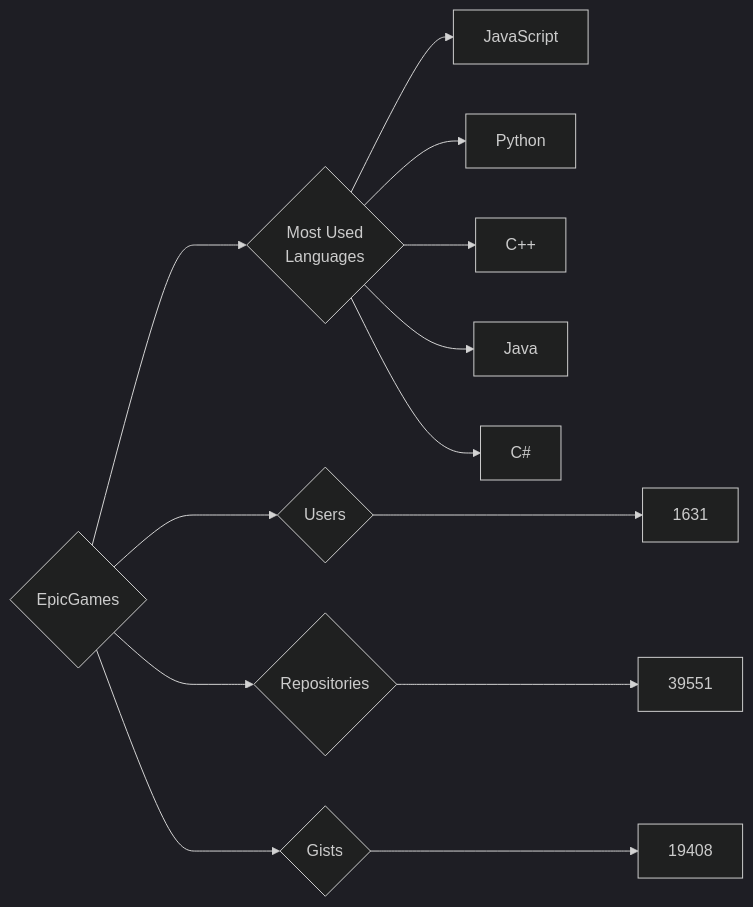
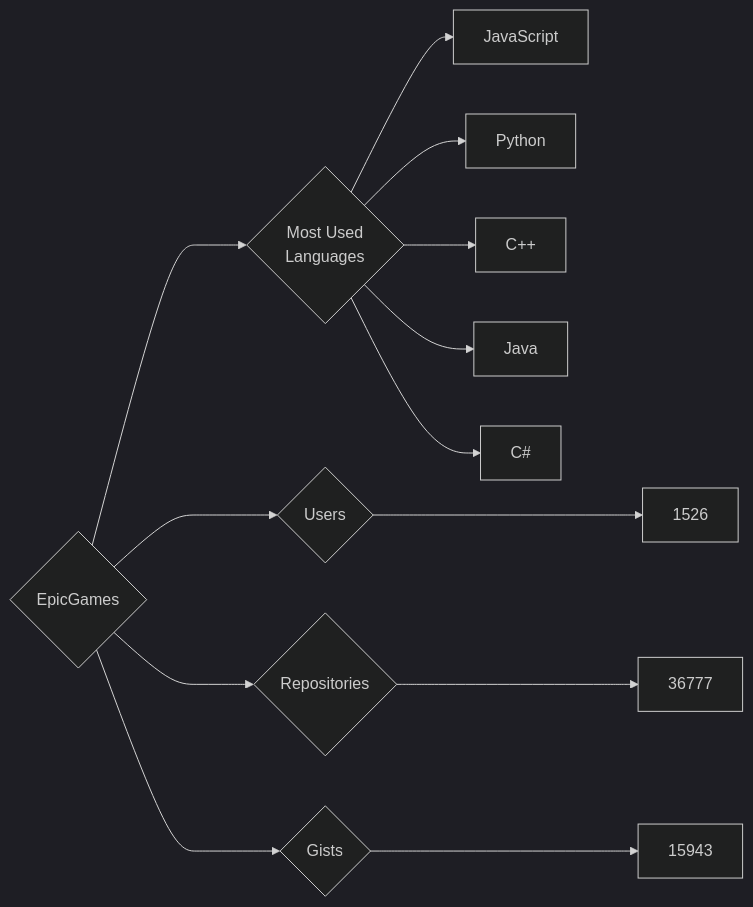
One commit to trickest/insiders changed the diagram in targets/EpicGames/README.md. Above: the diagram before and after it, drawn with Mermaid (dark theme). The commit also changed 998 other files, not shown here.

````diff
--- a/targets/EpicGames/README.md
+++ b/targets/EpicGames/README.md
@@ -3,13 +3,13 @@
 ```mermaid
 graph LR
 COMPANY_NAME{EpicGames}
-COMPANY_NAME ---> U{Users} ---> UN[1631]
-COMPANY_NAME ---> R{Repositories} ---> RN[39551]
-COMPANY_NAME ---> G{Gists} ---> GN[19408]
+COMPANY_NAME ---> U{Users} ---> UN[1526]
+COMPANY_NAME ---> R{Repositories} ---> RN[36777]
+COMPANY_NAME ---> G{Gists} ---> GN[15943]
 COMPANY_NAME ---> ML{Most Used<br>Languages}
 ML --> JavaScript[JavaScript]
 ML --> Python[Python]
 ML --> C++[C++]
 ML --> Java[Java]
 ML --> C#[C#]
 ```
````
